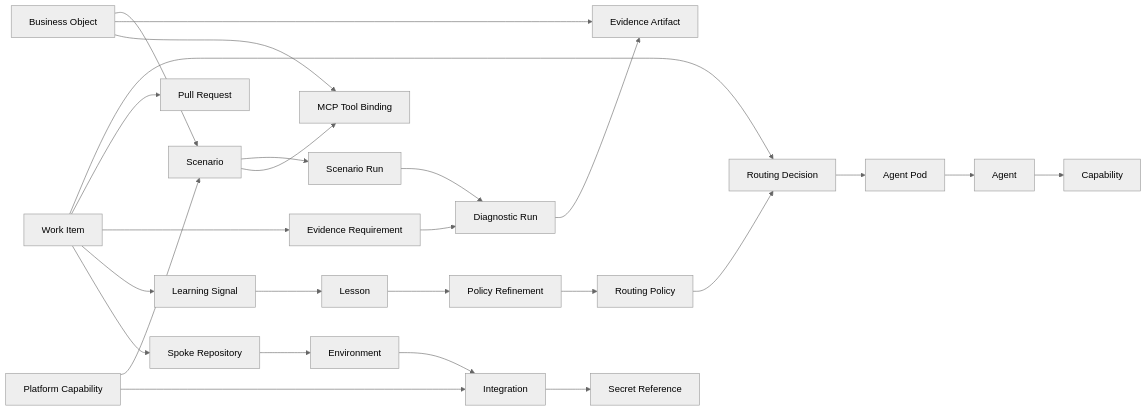
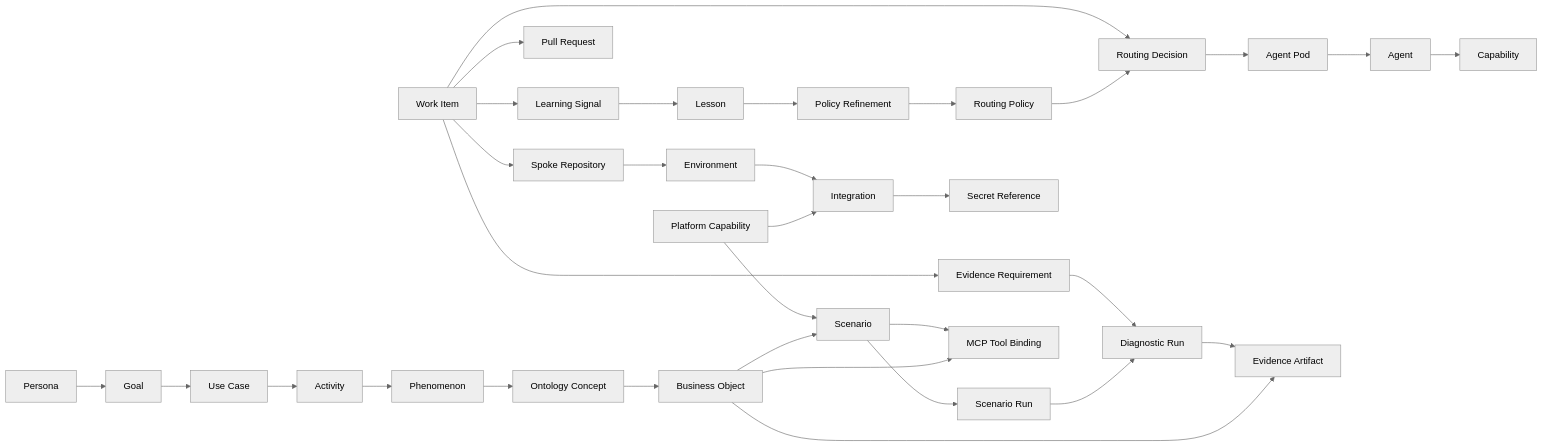
Before and after one commit to nickpclarke/AgentArmyPowerTemplate: the first of 2 diagrams in docs/backend-core-object-model.md, drawn with Mermaid (neutral theme). The commit also changed other lines of this file and 2 other files, not shown here.

Commit message:
Document ontology-backed business objects

````diff
--- a/docs/backend-core-object-model.md
+++ b/docs/backend-core-object-model.md
@@ -53,28 +77,34 @@
 ```mermaid
 flowchart LR
+    Persona["Persona"] --> Goal["Goal"]
+    Goal --> UseCase["Use Case"]
+    UseCase --> Activity["Activity"]
+    Activity --> Phenomenon["Phenomenon"]
+    Phenomenon --> OntologyConcept["Ontology Concept"]
+    OntologyConcept --> BusinessObject["Business Object"]
     WorkItem["Work Item"] --> RoutingDecision["Routing Decision"]
     RoutingDecision --> AgentPod["Agent Pod"]
     AgentPod --> Agent["Agent"]
     Agent --> Capability["Capability"]
     WorkItem --> PullRequest["Pull Request"]
     WorkItem --> EvidenceRequirement["Evidence Requirement"]
     EvidenceRequirement --> DiagnosticRun["Diagnostic Run"]
     DiagnosticRun --> EvidenceArtifact["Evidence Artifact"]
     WorkItem --> LearningSignal["Learning Signal"]
     LearningSignal --> Lesson["Lesson"]
     Lesson --> PolicyRefinement["Policy Refinement"]
     PolicyRefinement --> RoutingPolicy["Routing Policy"]
     RoutingPolicy --> RoutingDecision
     WorkItem --> Spoke["Spoke Repository"]
     Spoke --> Environment["Environment"]
     Environment --> Integration["Integration"]
     Integration --> SecretReference["Secret Reference"]
     PlatformCapability["Platform Capability"] --> Scenario["Scenario"]
     Scenario --> ScenarioRun["Scenario Run"]
     ScenarioRun --> DiagnosticRun
     Scenario --> McpToolBinding["MCP Tool Binding"]
     PlatformCapability --> Integration
-    BusinessObject["Business Object"] --> Scenario
+    BusinessObject --> Scenario
     BusinessObject --> EvidenceArtifact
     BusinessObject --> McpToolBinding
 ```
````
